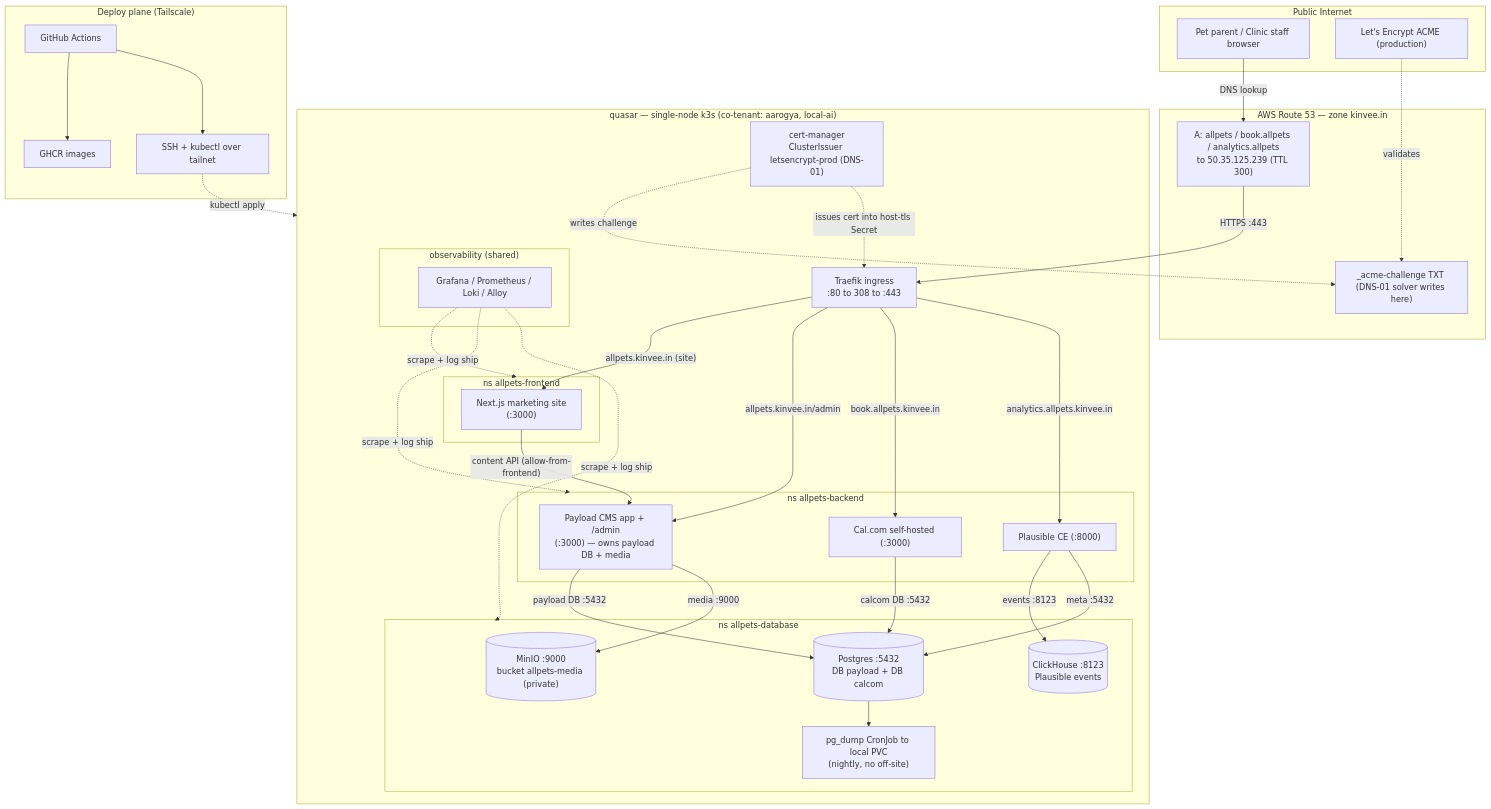
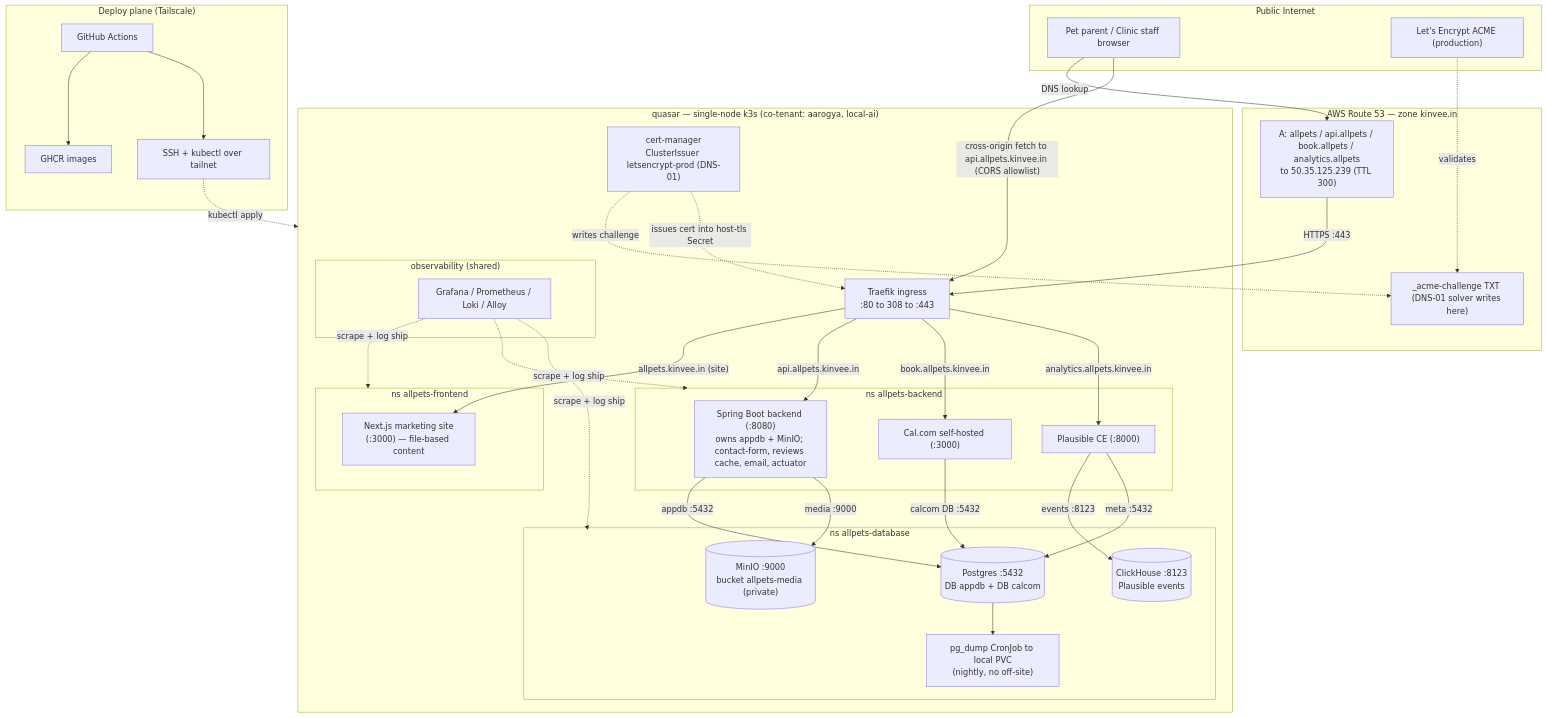
One commit to gimballock-1/allpets-backend changed the diagram in planning/architecture.md. Above: the diagram before and after it, drawn with Mermaid. The commit also changed other lines of this file and 1 other file, not shown here.

First line of the commit message:
Revise HLD + Backend LLD for the Spring-backend pivot (#181)

````diff
--- a/planning/architecture.md
+++ b/planning/architecture.md
@@ -59,71 +64,71 @@
 ```mermaid
 flowchart TB
     subgraph internet["Public Internet"]
         visitor["Pet parent / Clinic staff browser"]
         le["Let's Encrypt ACME (production)"]
     end
 
     subgraph aws["AWS Route 53 — zone kinvee.in"]
-        dns["A: allpets / book.allpets / analytics.allpets<br/>to 50.35.125.239 (TTL 300)"]
+        dns["A: allpets / api.allpets / book.allpets / analytics.allpets<br/>to 50.35.125.239 (TTL 300)"]
         txt["_acme-challenge TXT (DNS-01 solver writes here)"]
     end
 
     subgraph quasar["quasar — single-node k3s (co-tenant: aarogya, local-ai)"]
         traefik["Traefik ingress<br/>:80 to 308 to :443"]
         certmgr["cert-manager<br/>ClusterIssuer letsencrypt-prod (DNS-01)"]
 
         subgraph nsfe["ns allpets-frontend"]
-            site["Next.js marketing site<br/>(:3000)"]
+            site["Next.js marketing site<br/>(:3000) — file-based content"]
         end
 
         subgraph nsbe["ns allpets-backend"]
-            payload["Payload CMS app + /admin<br/>(:3000) — owns payload DB + media"]
+            api["Spring Boot backend (:8080)<br/>owns appdb + MinIO; contact-form, reviews cache, email, actuator"]
             calcom["Cal.com self-hosted (:3000)"]
             plausible["Plausible CE (:8000)"]
         end
 
         subgraph nsdb["ns allpets-database"]
-            pg[("Postgres :5432<br/>DB payload + DB calcom")]
+            pg[("Postgres :5432<br/>DB appdb + DB calcom")]
             minio[("MinIO :9000<br/>bucket allpets-media (private)")]
             ch[("ClickHouse :8123<br/>Plausible events")]
             pgdump["pg_dump CronJob to local PVC<br/>(nightly, no off-site)"]
         end
 
         subgraph nsobs["observability (shared)"]
             obs["Grafana / Prometheus / Loki / Alloy"]
         end
     end
 
     subgraph deployplane["Deploy plane (Tailscale)"]
         gha["GitHub Actions"]
         ghcr["GHCR images"]
         ssh["SSH + kubectl over tailnet"]
     end
 
     visitor -->|"DNS lookup"| dns
     dns -->|"HTTPS :443"| traefik
     le -.->|"validates"| txt
     certmgr -.->|"writes challenge"| txt
     certmgr -.->|"issues cert into host-tls Secret"| traefik
 
     traefik -->|"allpets.kinvee.in (site)"| site
-    traefik -->|"allpets.kinvee.in/admin"| payload
+    traefik -->|"api.allpets.kinvee.in"| api
     traefik -->|"book.allpets.kinvee.in"| calcom
     traefik -->|"analytics.allpets.kinvee.in"| plausible
 
-    site -->|"content API (allow-from-frontend)"| payload
-    payload -->|"payload DB :5432"| pg
-    payload -->|"media :9000"| minio
+    visitor -->|"cross-origin fetch to api.allpets.kinvee.in (CORS allowlist)"| traefik
+    api -->|"appdb :5432"| pg
+    api -->|"media :9000"| minio
     calcom -->|"calcom DB :5432"| pg
     plausible -->|"events :8123"| ch
     plausible -->|"meta :5432"| pg
 
     pg --> pgdump
     obs -.->|"scrape + log ship"| nsfe
     obs -.->|"scrape + log ship"| nsbe
     obs -.->|"scrape + log ship"| nsdb
 
     gha --> ghcr
     gha --> ssh
     ssh -.->|"kubectl apply"| quasar
 ```
````
